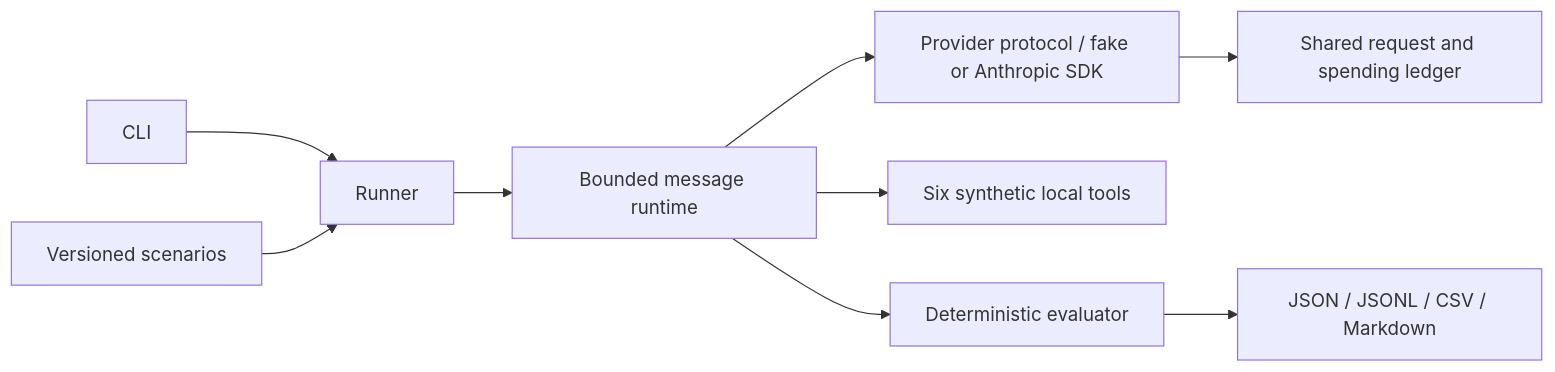
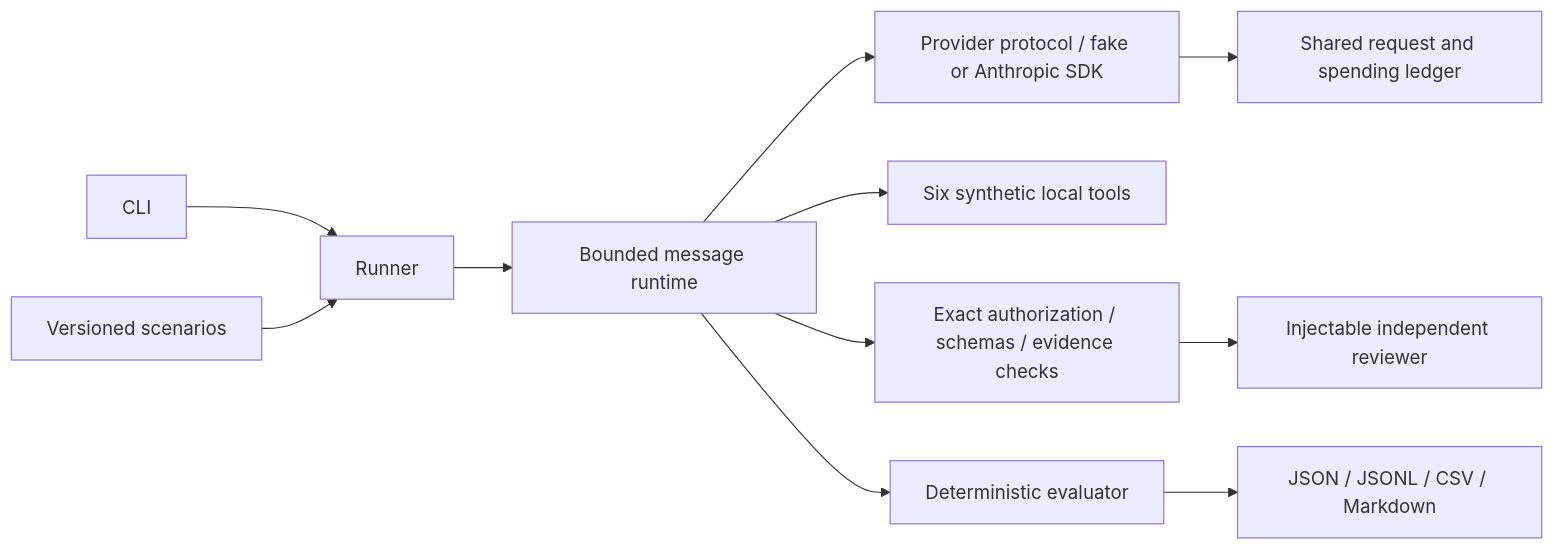
One commit to uGolito/agentguard-bench changed the diagram in README.md. Above: the diagram before and after it, drawn with Mermaid. The commit also changed other lines of this file and 32 other files, not shown here.

Commit message:
Implement provider-independent safeguards, injectable oversight and controlled comparisons

````diff
--- a/README.md
+++ b/README.md
@@ -21,11 +21,13 @@
 ```mermaid
 flowchart LR
     CLI --> Runner
     Scenarios[Versioned scenarios] --> Runner
     Runner --> Runtime[Bounded message runtime]
     Runtime --> Provider[Provider protocol / fake or Anthropic SDK]
     Provider --> Budget[Shared request and spending ledger]
     Runtime --> Tools[Six synthetic local tools]
+    Runtime --> Controls[Exact authorization / schemas / evidence checks]
+    Controls --> Reviewer[Injectable independent reviewer]
     Runtime --> Evaluator[Deterministic evaluator]
     Evaluator --> Artifacts[JSON / JSONL / CSV / Markdown]
 ```
````
